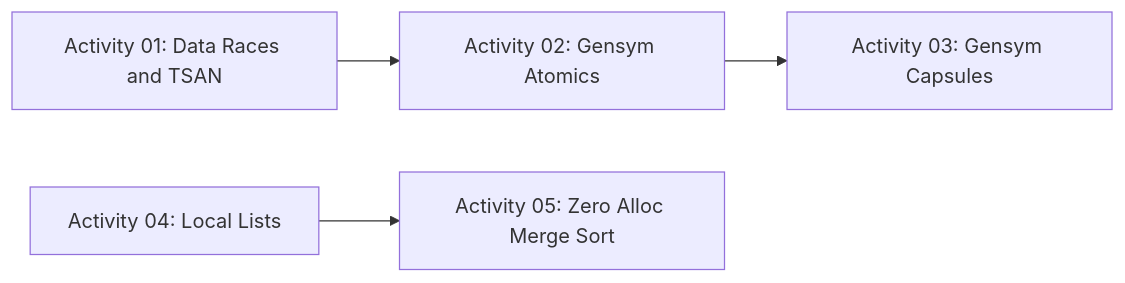
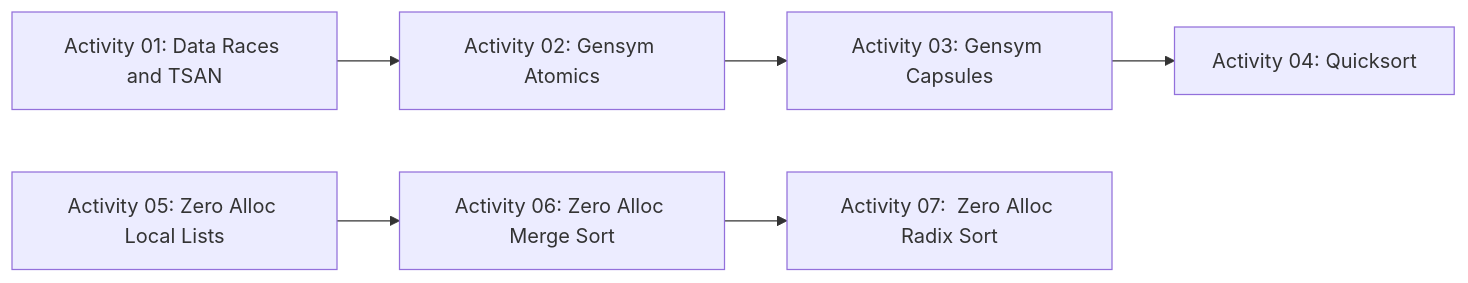
The diagram in handson_activity/README.md (avsm/oxcaml-icfp-tutorial), drawn with Mermaid before and after one commit. The commit also changed 13 other files, not shown here.

````diff
--- a/handson_activity/README.md
+++ b/handson_activity/README.md
@@ -11,6 +11,8 @@
 ```mermaid
 graph LR
     act01[Activity 01: Data Races and TSAN] --> act02[Activity 02: Gensym Atomics]
     act02 --> act03[Activity 03: Gensym Capsules]
-    act04[Activity 04: Local Lists] --> act05[Activity 05: Zero Alloc Merge Sort]
+    act03 --> act04[Activity 04: Quicksort]
+    act05[Activity 05: Zero Alloc Local Lists] --> act06[Activity 06: Zero Alloc Merge Sort]
+    act06 --> ac07[Activity 07:  Zero Alloc Radix Sort]
 ```
````
